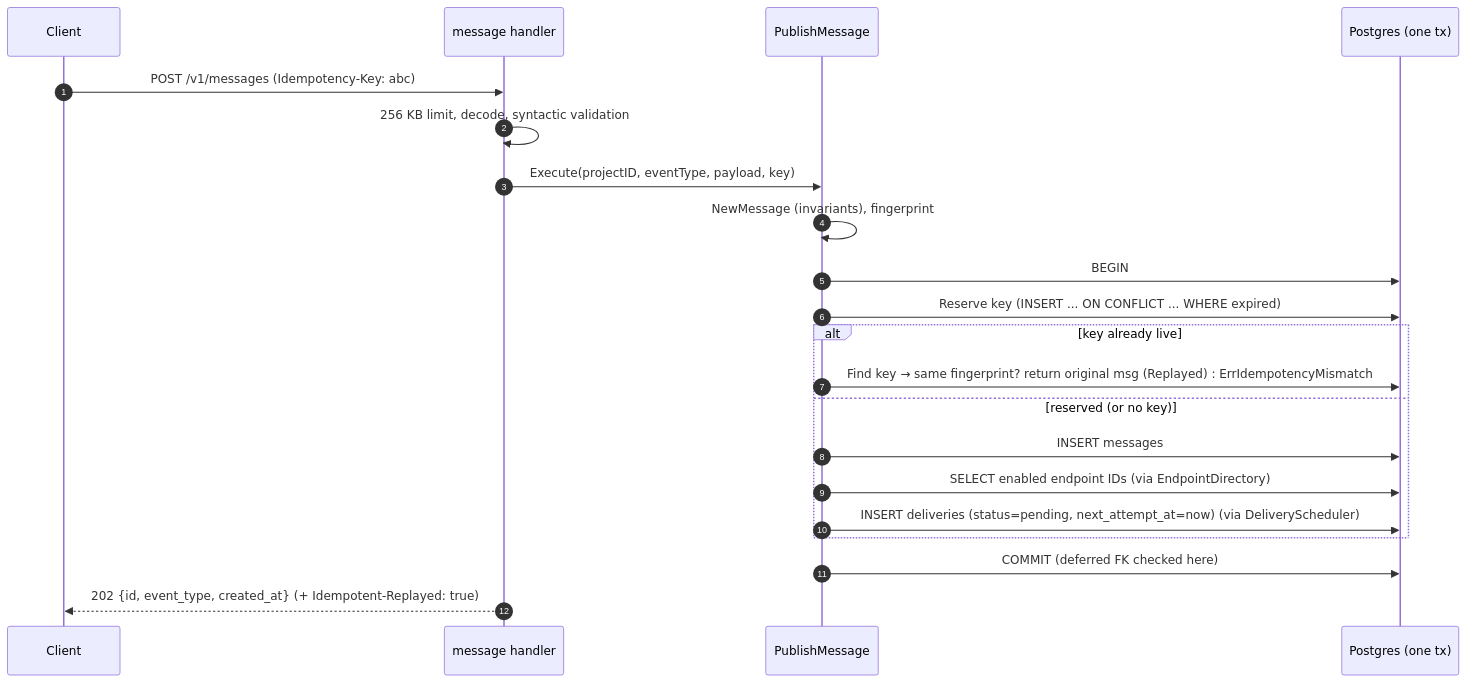
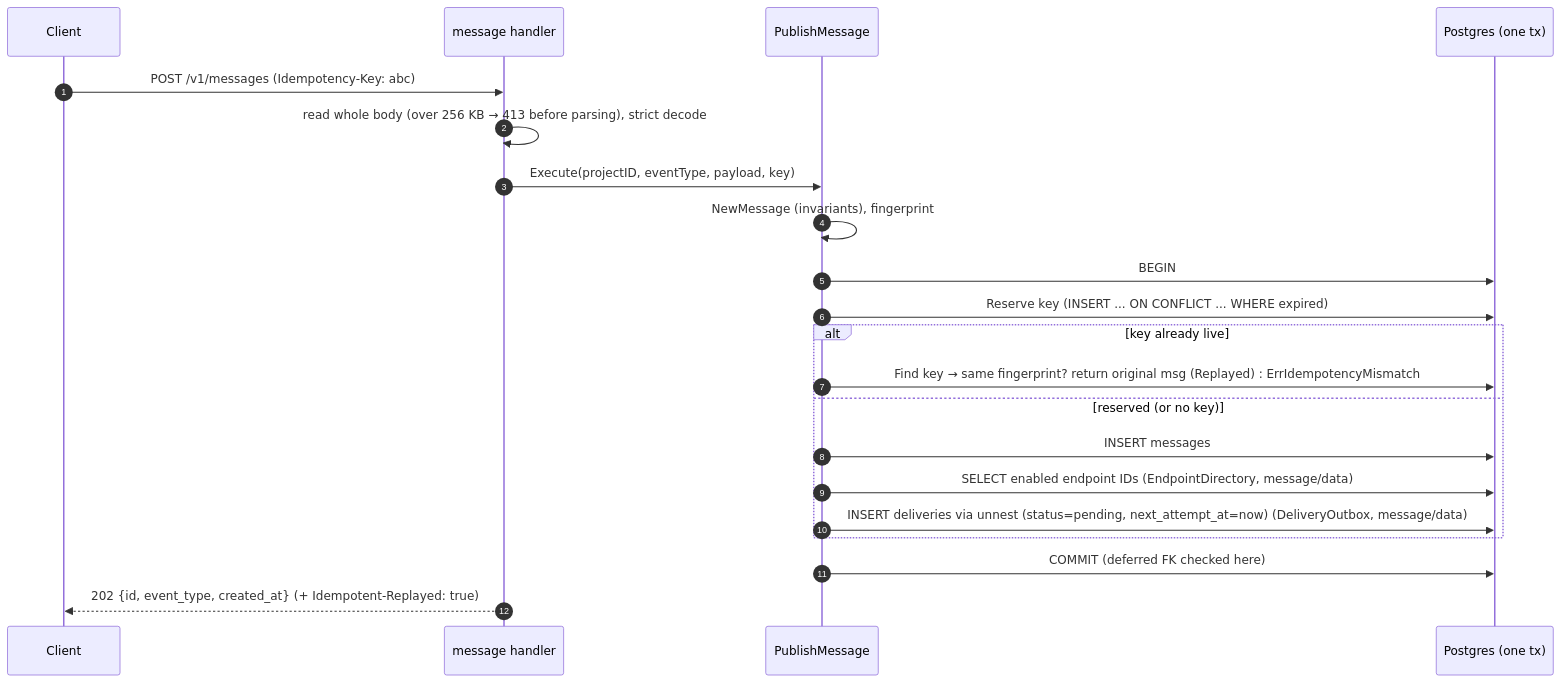
One commit to hibbanfh/hookrelay-webhook-platform changed the fourth of 6 diagrams in docs/architecture.md. Above: the diagram before and after it, drawn with Mermaid. The commit also changed other lines of this file and 79 other files, not shown here.

````diff
--- a/docs/architecture.md
+++ b/docs/architecture.md
@@ -590,23 +597,23 @@
 ```mermaid
 sequenceDiagram
     autonumber
     participant C as Client
     participant H as message handler
     participant U as PublishMessage
     participant DB as Postgres (one tx)
     C->>H: POST /v1/messages (Idempotency-Key: abc)
-    H->>H: 256 KB limit, decode, syntactic validation
+    H->>H: read whole body (over 256 KB → 413 before parsing), strict decode
     H->>U: Execute(projectID, eventType, payload, key)
     U->>U: NewMessage (invariants), fingerprint
     U->>DB: BEGIN
     U->>DB: Reserve key (INSERT ... ON CONFLICT ... WHERE expired)
     alt key already live
         U->>DB: Find key → same fingerprint? return original msg (Replayed) : ErrIdempotencyMismatch
     else reserved (or no key)
         U->>DB: INSERT messages
-        U->>DB: SELECT enabled endpoint IDs (via EndpointDirectory)
-        U->>DB: INSERT deliveries (status=pending, next_attempt_at=now) (via DeliveryScheduler)
+        U->>DB: SELECT enabled endpoint IDs (EndpointDirectory, message/data)
+        U->>DB: INSERT deliveries via unnest (status=pending, next_attempt_at=now) (DeliveryOutbox, message/data)
     end
     U->>DB: COMMIT (deferred FK checked here)
     H-->>C: 202 {id, event_type, created_at} (+ Idempotent-Replayed: true)
 ```
````
